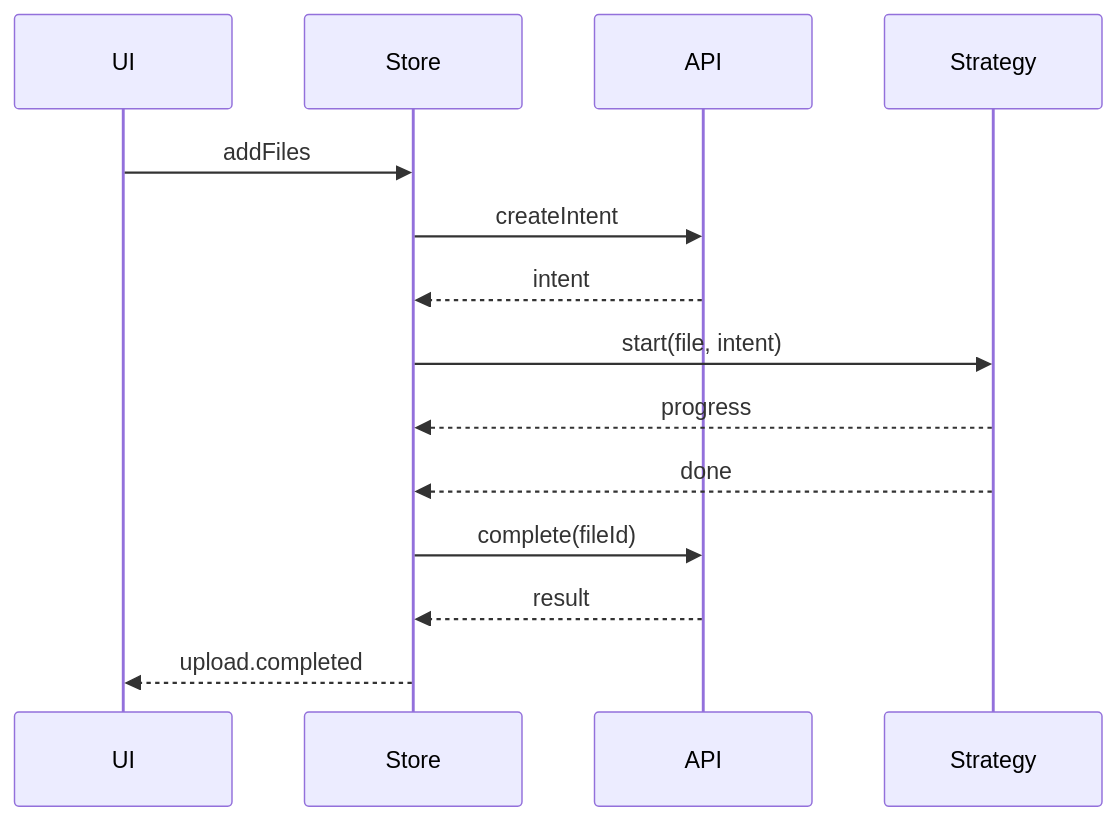
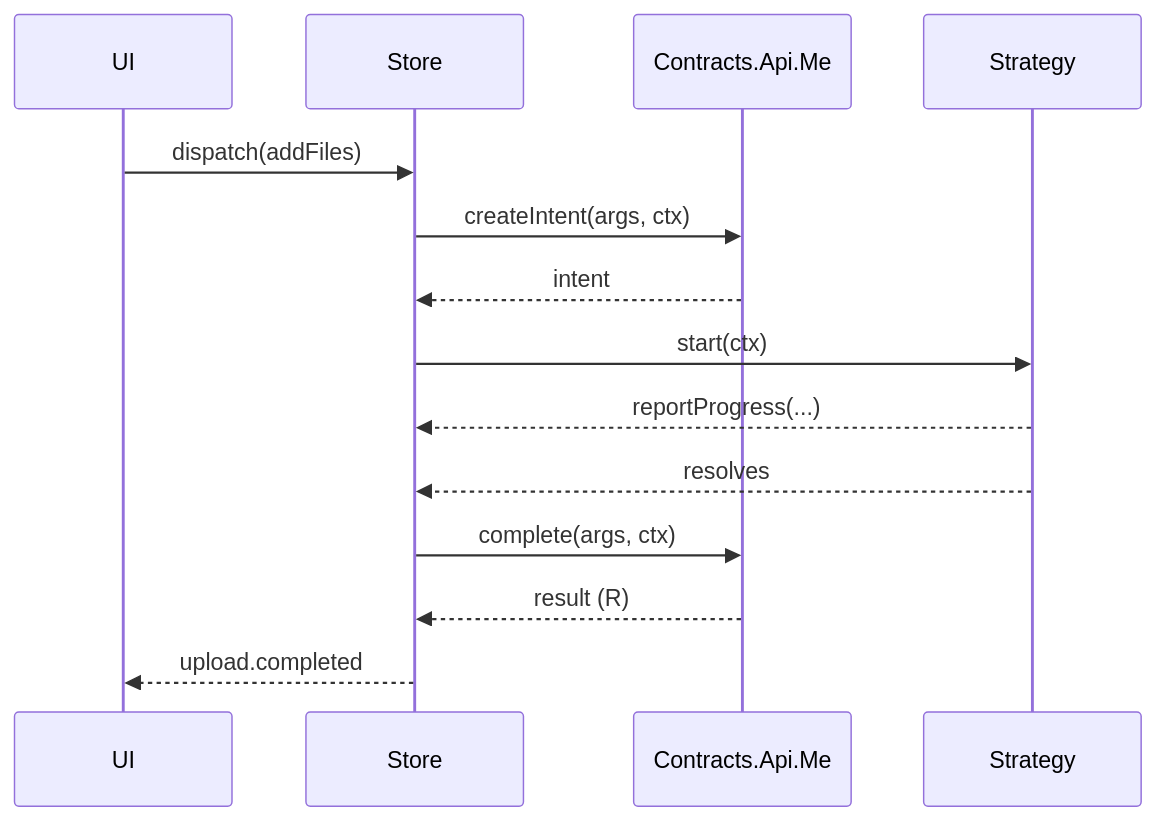
Before and after one commit to gentleeduck/ui: the diagram in apps/duck/.gentleduck/_llm/duck-upload/core/contracts.md, drawn with Mermaid. The commit also changed other lines of this file and 57 other files, not shown here.

````diff
--- a/apps/duck/.gentleduck/_llm/duck-upload/core/contracts.md
+++ b/apps/duck/.gentleduck/_llm/duck-upload/core/contracts.md
@@ -28,16 +149,16 @@
 ```mermaid
 sequenceDiagram
   participant UI
   participant Store
-  participant API
+  participant API as Contracts.Api.Me
   participant Strategy
-  UI->>Store: addFiles
-  Store->>API: createIntent
+  UI->>Store: dispatch(addFiles)
+  Store->>API: createIntent(args, ctx)
   API-->>Store: intent
-  Store->>Strategy: start(file, intent)
-  Strategy-->>Store: progress
-  Strategy-->>Store: done
-  Store->>API: complete(fileId)
-  API-->>Store: result
+  Store->>Strategy: start(ctx)
+  Strategy-->>Store: reportProgress(...)
+  Strategy-->>Store: resolves
+  Store->>API: complete(args, ctx)
+  API-->>Store: result (R)
   Store-->>UI: upload.completed
 ```
````
